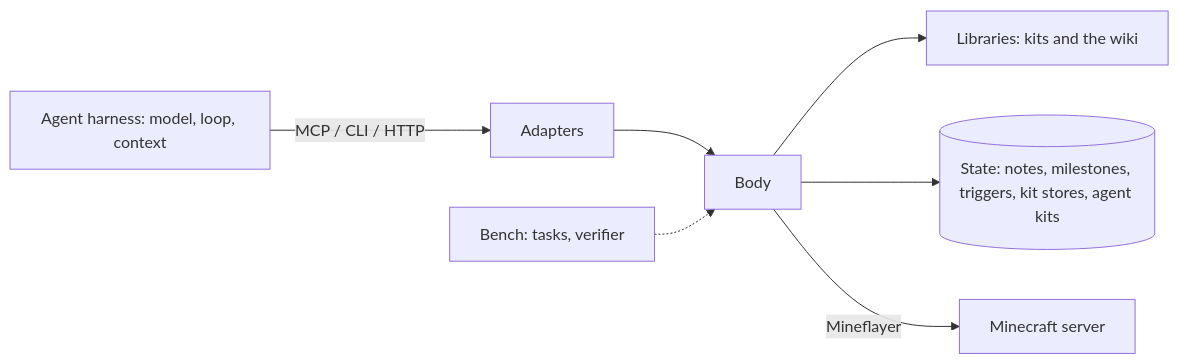
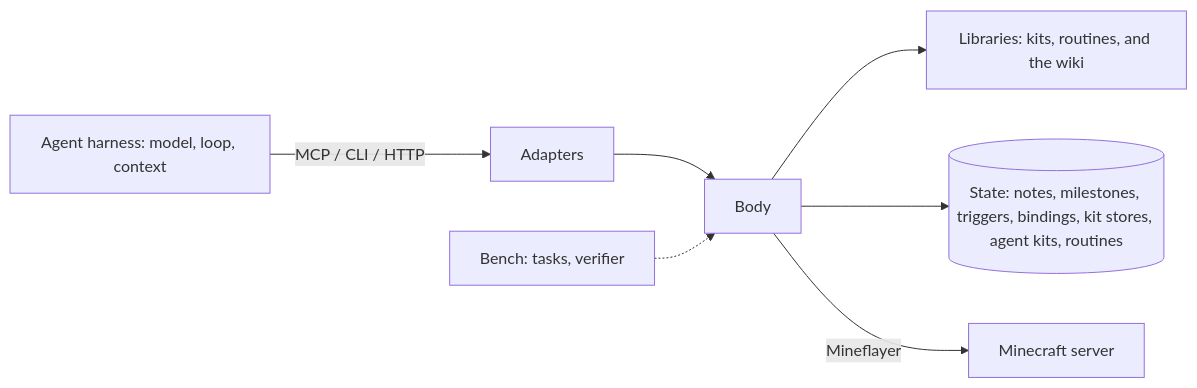
Before and after one commit to dpoage/minebot-sdk: the diagram in docs/sdk.md, drawn with Mermaid. The commit also changed other lines of this file and 11 other files, not shown here.

Commit message:
Docs for the routines runtime: README, sdk.md, wiki page minebot/routines, api and tool text (mb-tkd.2 S6)

````diff
--- a/docs/sdk.md
+++ b/docs/sdk.md
@@ -14,9 +14,9 @@
 ```mermaid
 flowchart LR
   H[Agent harness: model, loop, context] -->|MCP / CLI / HTTP| A[Adapters]
   A --> B[Body]
-  B --> L[Libraries: kits and the wiki]
-  B --> S[(State: notes, milestones, triggers, kit stores, agent kits)]
+  B --> L[Libraries: kits, routines, and the wiki]
+  B --> S[(State: notes, milestones, triggers, bindings, kit stores, agent kits, routines)]
   B -->|Mineflayer| M[Minecraft server]
   E[Bench: tasks, verifier] -.-> B
 ```
````
